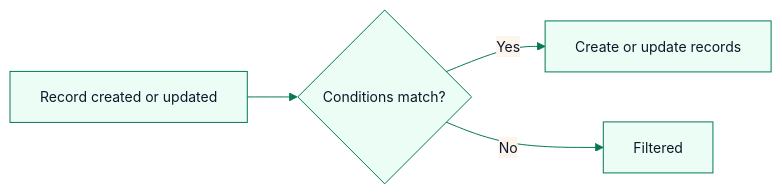
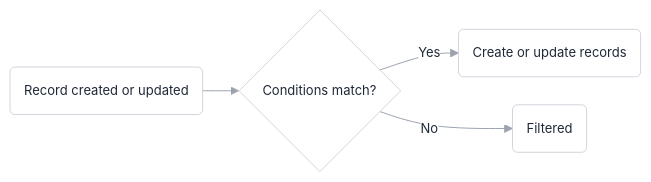
Before and after one commit to BharathVasireddy/marro-docs: the diagram in guides/custom-object-automations.mdx, drawn with Mermaid. The commit also changed 95 other files, not shown here.

First line of the commit message:
One guide per settings screen, in the Settings menu's order, with diagrams only where they are needed

````diff
--- a/guides/custom-object-automations.mdx
+++ b/guides/custom-object-automations.mdx
@@ -12,7 +12,7 @@
 ```mermaid
-%%{init: {'theme':'base','themeVariables':{'primaryColor':'#ecfdf5','primaryBorderColor':'#047857','primaryTextColor':'#0f172a','lineColor':'#047857','fontSize':'14px'}}}%%
+%%{init: {'theme':'base','flowchart':{'curve':'basis','padding':14,'nodeSpacing':28,'rankSpacing':36},'themeVariables':{'primaryColor':'#ffffff','primaryBorderColor':'#d1d5db','primaryTextColor':'#1f2937','lineColor':'#9ca3af','fontFamily':'Inter, ui-sans-serif, sans-serif','fontSize':'13px','edgeLabelBackground':'#ffffff'}}}%%
 flowchart LR
-  A[Record created or updated] --> B{Conditions match?}
-  B -->|Yes| C[Create or update records]
-  B -->|No| D[Filtered]
+  A(Record created or updated) --> B{Conditions match?}
+  B -->|Yes| C(Create or update records)
+  B -->|No| D(Filtered)
 ```
````
